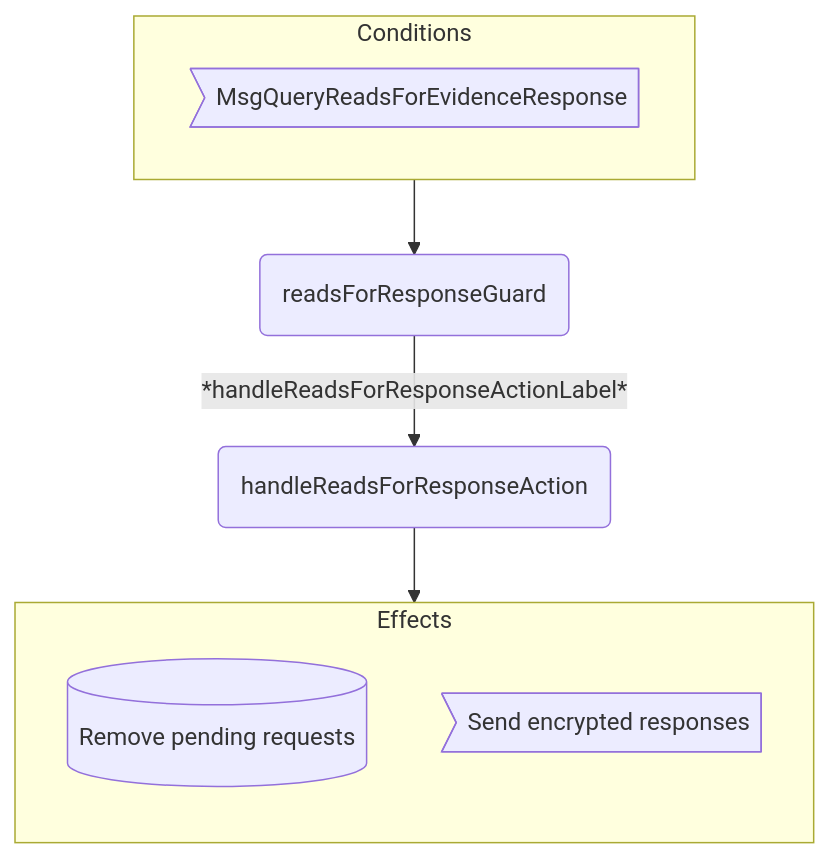
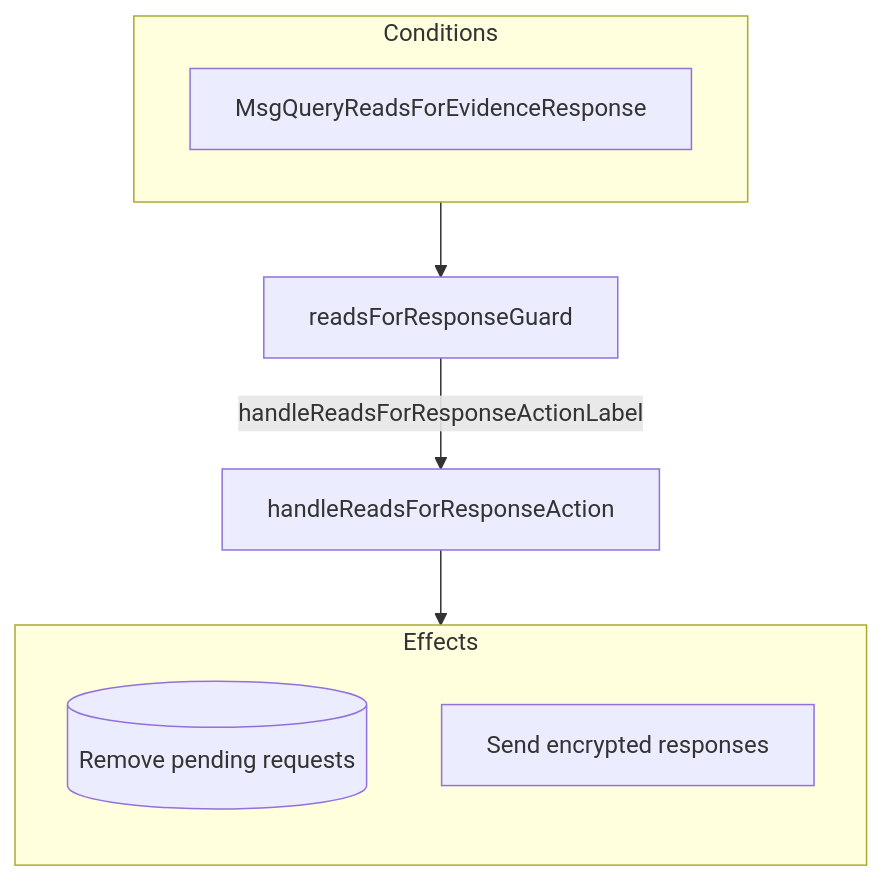
The second of 2 diagrams in docs/arch/node/engines/encryption_behaviour.juvix.md (anoma/nspec), drawn with Mermaid before and after one commit. The commit also changed other lines of this file and 1 other file, not shown here.

````diff
--- a/docs/arch/node/engines/encryption_behaviour.juvix.md
+++ b/docs/arch/node/engines/encryption_behaviour.juvix.md
@@ -464,17 +464,17 @@
 ```mermaid
 flowchart TD
-  subgraph C[Conditions]
-    CMsg>MsgQueryReadsForEvidenceResponse]
+  subgraph C [Conditions]
+    CMsg[MsgQueryReadsForEvidenceResponse]
   end
 
-  G(readsForResponseGuard)
-  A(handleReadsForResponseAction)
+  G[readsForResponseGuard]
+  A[handleReadsForResponseAction]
 
-  C --> G -- *handleReadsForResponseActionLabel* --> A --> E
+  C --> G -->|handleReadsForResponseActionLabel| A --> E
 
-  subgraph E[Effects]
+  subgraph E [Effects]
     direction TB
     E1[(Remove pending requests)]
-    E2>Send encrypted responses]
+    E2[Send encrypted responses]
   end
 ```
````
